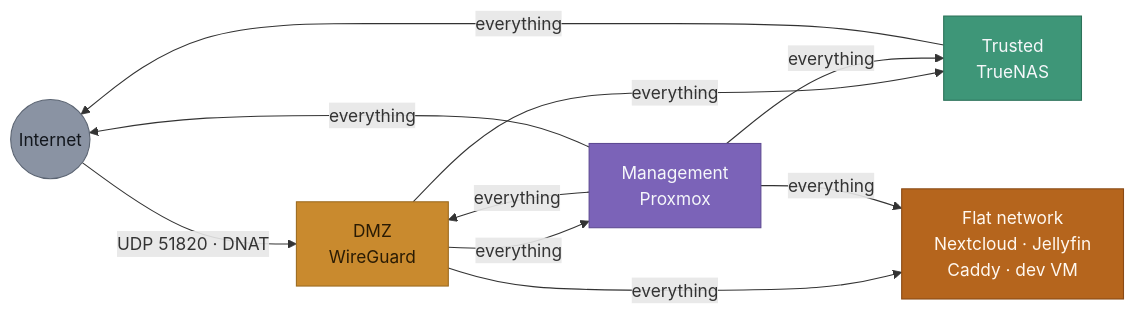
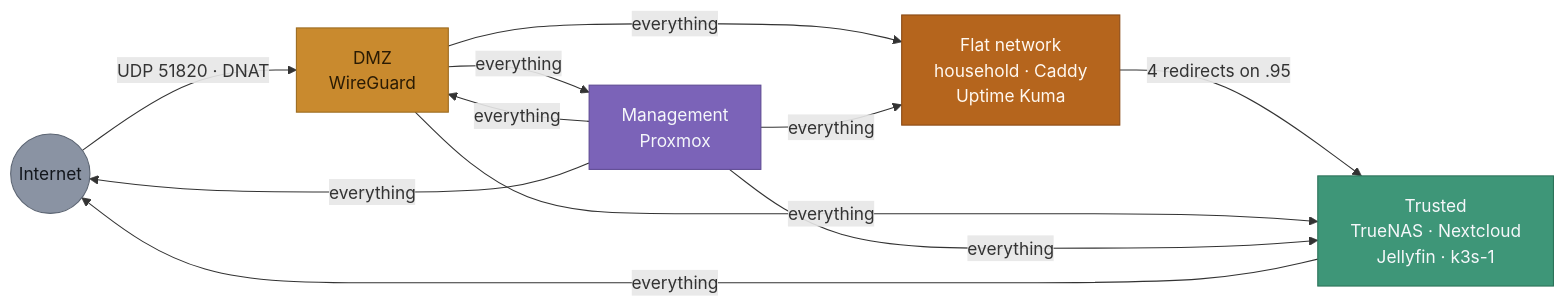
Before and after one commit to RuiGRMargarido/homelab: the second of 6 diagrams in docs/NETWORK.md, drawn with Mermaid. The commit also changed other lines of this file and 2 other files, not shown here.

First line of the commit message:
Diagramas de rede alinhados com o estado real, e o caminho de administracao pelo tunel

````diff
--- a/docs/NETWORK.md
+++ b/docs/NETWORK.md
@@ -275,24 +287,25 @@
 ```mermaid
 flowchart LR
     NET(("Internet")):::neut
     DMZ["DMZ<br/>WireGuard"]:::dmz
-    TRU["Trusted<br/>TrueNAS"]:::tru
+    TRU["Trusted<br/>TrueNAS · Nextcloud<br/>Jellyfin · k3s-1"]:::tru
     MGM["Management<br/>Proxmox"]:::mgmt
-    PLA["Flat network<br/>Nextcloud · Jellyfin<br/>Caddy · dev VM"]:::flat
+    PLA["Flat network<br/>household · Caddy<br/>Uptime Kuma"]:::flat
 
     NET -- "UDP 51820 · DNAT" --> DMZ
+    PLA -- "4 redirects on .95" --> TRU
     DMZ -- "everything" --> TRU
     DMZ -- "everything" --> MGM
     DMZ -- "everything" --> PLA
     MGM -- "everything" --> DMZ
     MGM -- "everything" --> TRU
     MGM -- "everything" --> PLA
     MGM -- "everything" --> NET
     TRU -- "everything" --> NET
 
     classDef neut fill:#8A93A3,stroke:#5B6472,color:#12161C
     classDef dmz fill:#C98A2E,stroke:#9C6B1F,color:#2A1B04
     classDef mgmt fill:#7B63B8,stroke:#5E4A93,color:#F5F7FA
     classDef tru fill:#3E9678,stroke:#2C7259,color:#F5F7FA
     classDef flat fill:#B5651D,stroke:#8A4A15,color:#FFF8F0
 ```
````
